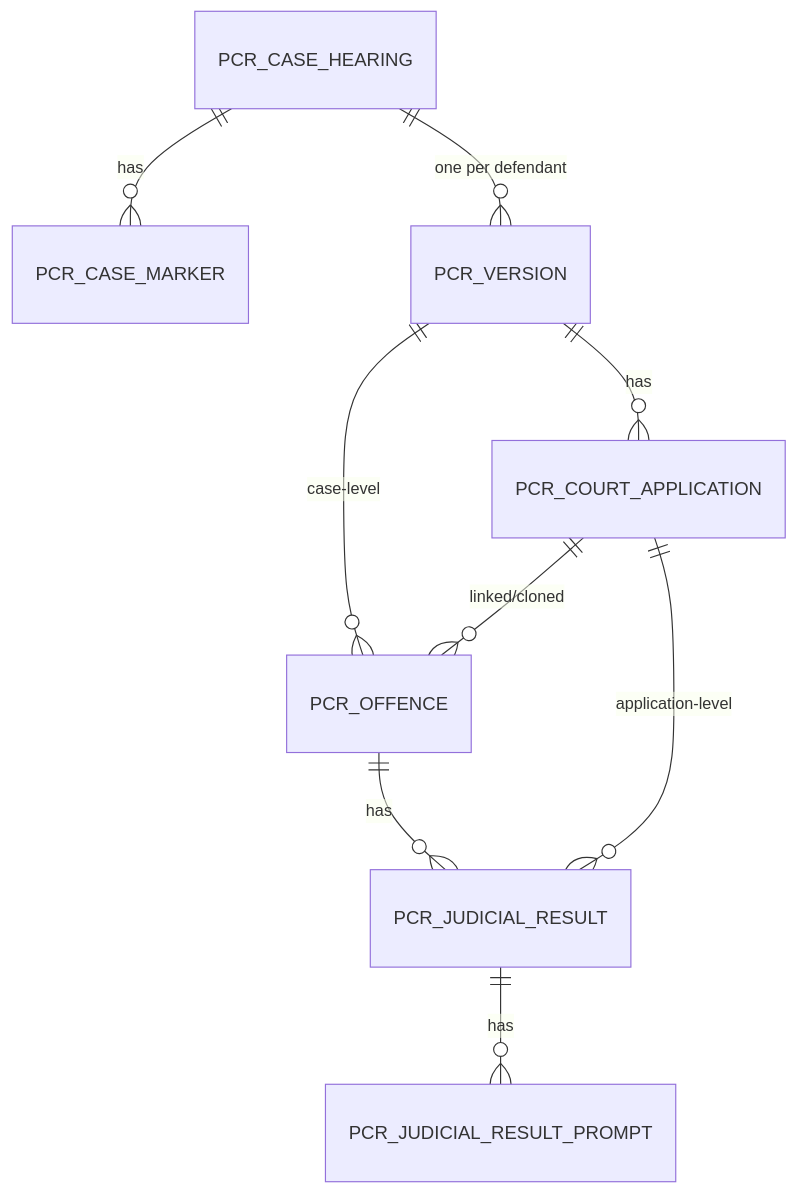
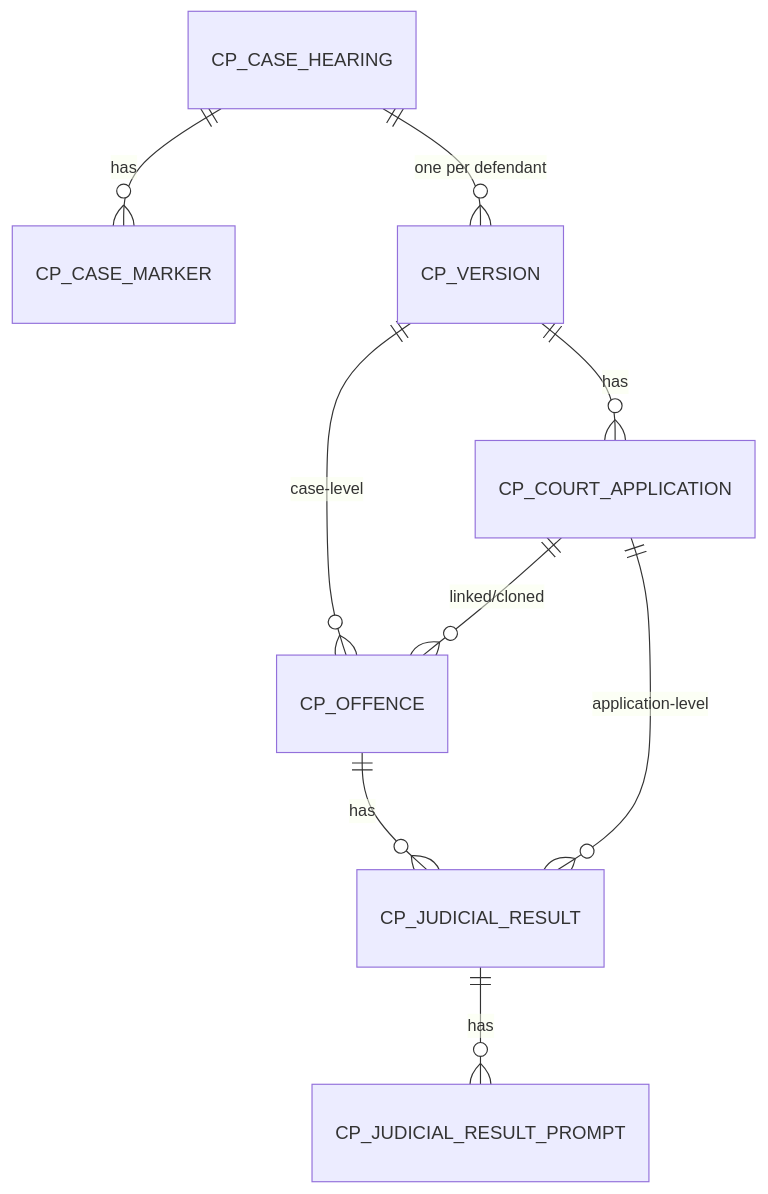
The third of 3 diagrams in docs/designs/2026-07-16-pcr-api-marketplace-design-v2.md (hmcts/service-cp-crime-results-pcr), drawn with Mermaid before and after one commit. The commit also changed other lines of this file and 41 other files, not shown here.

````diff
--- a/docs/designs/2026-07-16-pcr-api-marketplace-design-v2.md
+++ b/docs/designs/2026-07-16-pcr-api-marketplace-design-v2.md
@@ -273,11 +273,11 @@
 ```mermaid
 erDiagram
-    PCR_CASE_HEARING ||--o{ PCR_CASE_MARKER : has
-    PCR_CASE_HEARING ||--o{ PCR_VERSION : "one per defendant"
-    PCR_VERSION ||--o{ PCR_OFFENCE : "case-level"
-    PCR_VERSION ||--o{ PCR_COURT_APPLICATION : has
-    PCR_COURT_APPLICATION ||--o{ PCR_OFFENCE : "linked/cloned"
-    PCR_OFFENCE ||--o{ PCR_JUDICIAL_RESULT : has
-    PCR_COURT_APPLICATION ||--o{ PCR_JUDICIAL_RESULT : "application-level"
-    PCR_JUDICIAL_RESULT ||--o{ PCR_JUDICIAL_RESULT_PROMPT : has
+    CP_CASE_HEARING ||--o{ CP_CASE_MARKER : has
+    CP_CASE_HEARING ||--o{ CP_VERSION : "one per defendant"
+    CP_VERSION ||--o{ CP_OFFENCE : "case-level"
+    CP_VERSION ||--o{ CP_COURT_APPLICATION : has
+    CP_COURT_APPLICATION ||--o{ CP_OFFENCE : "linked/cloned"
+    CP_OFFENCE ||--o{ CP_JUDICIAL_RESULT : has
+    CP_COURT_APPLICATION ||--o{ CP_JUDICIAL_RESULT : "application-level"
+    CP_JUDICIAL_RESULT ||--o{ CP_JUDICIAL_RESULT_PROMPT : has
 ```
````
